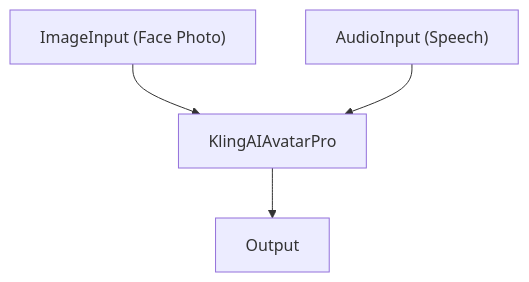
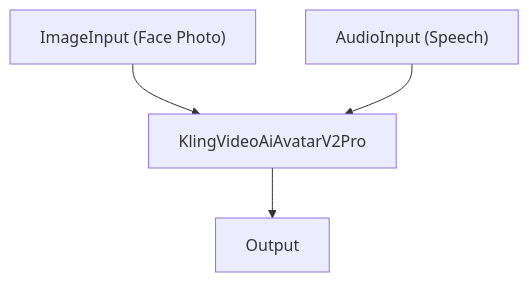
One commit to nodetool-ai/nodetool changed diagram 15 of 17 in docs/cookbook/patterns.md. Above: the diagram before and after it, drawn with Mermaid. The commit also changed other lines of this file and 683 other files, not shown here.

```diff
--- a/docs/cookbook/patterns.md
+++ b/docs/cookbook/patterns.md
@@ -510,10 +505,10 @@
 {% mermaid %}
 graph TD
   image_input["ImageInput (Face Photo)"]
   audio_input["AudioInput (Speech)"]
   output["Output"]
-  kling_avatar["KlingAIAvatarPro"]
+  kling_avatar["KlingVideoAiAvatarV2Pro"]
   image_input --> kling_avatar
   audio_input --> kling_avatar
   kling_avatar --> output
 {% endmermaid %}
```
